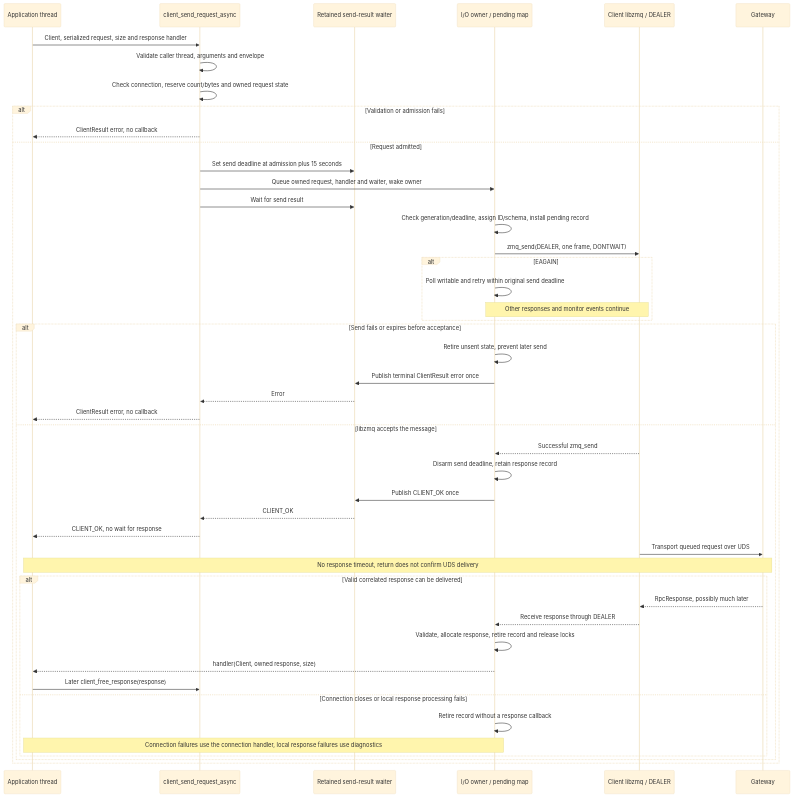
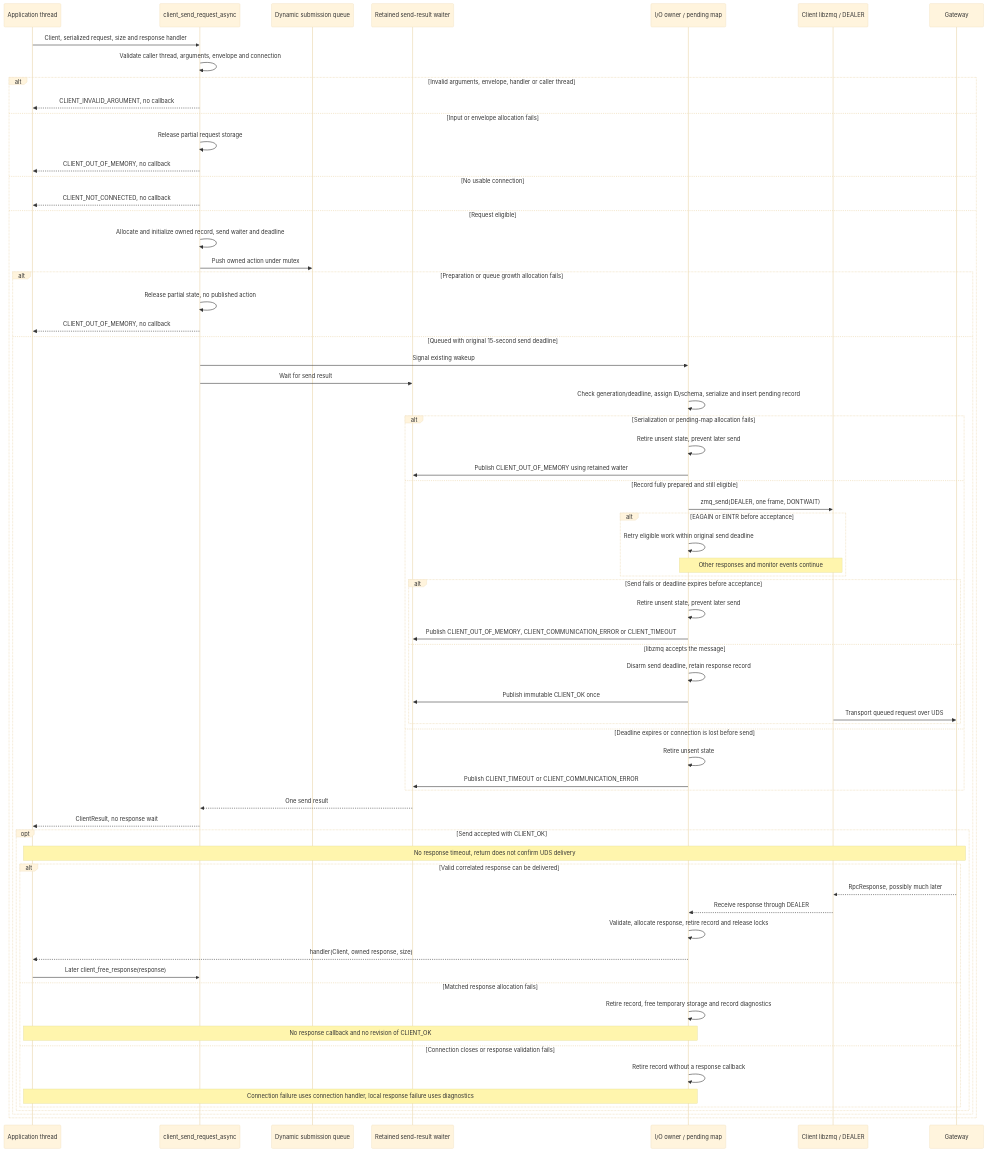
One commit to rdkcentral/eyil-secure-gateway changed the ninth of 30 diagrams in doc/EyilSecureGateway.md. Above: the diagram before and after it, drawn with Mermaid (base theme). The commit also changed other lines of this file and 1 other file, not shown here.

Commit message:
RDKEMW-27976: Remove QEUE_FULL erro as not needed

````diff
--- a/doc/EyilSecureGateway.md
+++ b/doc/EyilSecureGateway.md
@@ -1320,49 +1482,70 @@
 ```mermaid
 sequenceDiagram
     participant A as Application thread
     participant API as client_send_request_async
+    participant Q as Dynamic submission queue
     participant W as Retained send-result waiter
     participant IO as I/O owner / pending map
     participant Z as Client libzmq / DEALER
     participant G as Gateway
     A->>API: Client, serialized request, size and response handler
-    API->>API: Validate caller thread, arguments and envelope
-    API->>API: Check connection, reserve count/bytes and owned request state
-    alt Validation or admission fails
-        API-->>A: ClientResult error, no callback
-    else Request admitted
-        API->>W: Set send deadline at admission plus 15 seconds
-        API->>IO: Queue owned request, handler and waiter, wake owner
-        API->>W: Wait for send result
-        IO->>IO: Check generation/deadline, assign ID/schema, install pending record
-        IO->>Z: zmq_send(DEALER, one frame, DONTWAIT)
-        alt EAGAIN
-            IO->>IO: Poll writable and retry within original send deadline
-            Note over IO,Z: Other responses and monitor events continue
-        end
-        alt Send fails or expires before acceptance
-            IO->>IO: Retire unsent state, prevent later send
-            IO->>W: Publish terminal ClientResult error once
-            W-->>API: Error
-            API-->>A: ClientResult error, no callback
-        else libzmq accepts the message
-            Z-->>IO: Successful zmq_send
-            IO->>IO: Disarm send deadline, retain response record
-            IO->>W: Publish CLIENT_OK once
-            W-->>API: CLIENT_OK
-            API-->>A: CLIENT_OK, no wait for response
-            Z->>G: Transport queued request over UDS
-            Note over A,G: No response timeout, return does not confirm UDS delivery
-            alt Valid correlated response can be delivered
-                G-->>Z: RpcResponse, possibly much later
-                Z-->>IO: Receive response through DEALER
-                IO->>IO: Validate, allocate response, retire record and release locks
-                IO-->>A: handler(Client, owned response, size)
-                A->>API: Later client_free_response(response)
-            else Connection closes or local response processing fails
-                IO->>IO: Retire record without a response callback
-                Note over A,IO: Connection failures use the connection handler, local response failures use diagnostics
+    API->>API: Validate caller thread, arguments, envelope and connection
+    alt Invalid arguments, envelope, handler or caller thread
+        API-->>A: CLIENT_INVALID_ARGUMENT, no callback
+    else Input or envelope allocation fails
+        API->>API: Release partial request storage
+        API-->>A: CLIENT_OUT_OF_MEMORY, no callback
+    else No usable connection
+        API-->>A: CLIENT_NOT_CONNECTED, no callback
+    else Request eligible
+        API->>API: Allocate and initialize owned record, send waiter and deadline
+        API->>Q: Push owned action under mutex
+        alt Preparation or queue growth allocation fails
+            API->>API: Release partial state, no published action
+            API-->>A: CLIENT_OUT_OF_MEMORY, no callback
+        else Queued with original 15-second send deadline
+            API->>IO: Signal existing wakeup
+            API->>W: Wait for send result
+            IO->>IO: Check generation/deadline, assign ID/schema, serialize and insert pending record
+            alt Serialization or pending-map allocation fails
+                IO->>IO: Retire unsent state, prevent later send
+                IO->>W: Publish CLIENT_OUT_OF_MEMORY using retained waiter
+            else Record fully prepared and still eligible
+                IO->>Z: zmq_send(DEALER, one frame, DONTWAIT)
+                alt EAGAIN or EINTR before acceptance
+                    IO->>IO: Retry eligible work within original send deadline
+                    Note over IO,Z: Other responses and monitor events continue
+                end
+                alt Send fails or deadline expires before acceptance
+                    IO->>IO: Retire unsent state, prevent later send
+                    IO->>W: Publish CLIENT_OUT_OF_MEMORY, CLIENT_COMMUNICATION_ERROR or CLIENT_TIMEOUT
+                else libzmq accepts the message
+                    IO->>IO: Disarm send deadline, retain response record
+                    IO->>W: Publish immutable CLIENT_OK once
+                    Z->>G: Transport queued request over UDS
+                end
+            else Deadline expires or connection is lost before send
+                IO->>IO: Retire unsent state
+                IO->>W: Publish CLIENT_TIMEOUT or CLIENT_COMMUNICATION_ERROR
+            end
+            W-->>API: One send result
+            API-->>A: ClientResult, no response wait
+            opt Send accepted with CLIENT_OK
+                Note over A,G: No response timeout, return does not confirm UDS delivery
+                alt Valid correlated response can be delivered
+                    G-->>Z: RpcResponse, possibly much later
+                    Z-->>IO: Receive response through DEALER
+                    IO->>IO: Validate, allocate response, retire record and release locks
+                    IO-->>A: handler(Client, owned response, size)
+                    A->>API: Later client_free_response(response)
+                else Matched response allocation fails
+                    IO->>IO: Retire record, free temporary storage and record diagnostics
+                    Note over A,IO: No response callback and no revision of CLIENT_OK
+                else Connection closes or response validation fails
+                    IO->>IO: Retire record without a response callback
+                    Note over A,IO: Connection failure uses connection handler, local response failure uses diagnostics
+                end
             end
         end
     end
 ```
````
